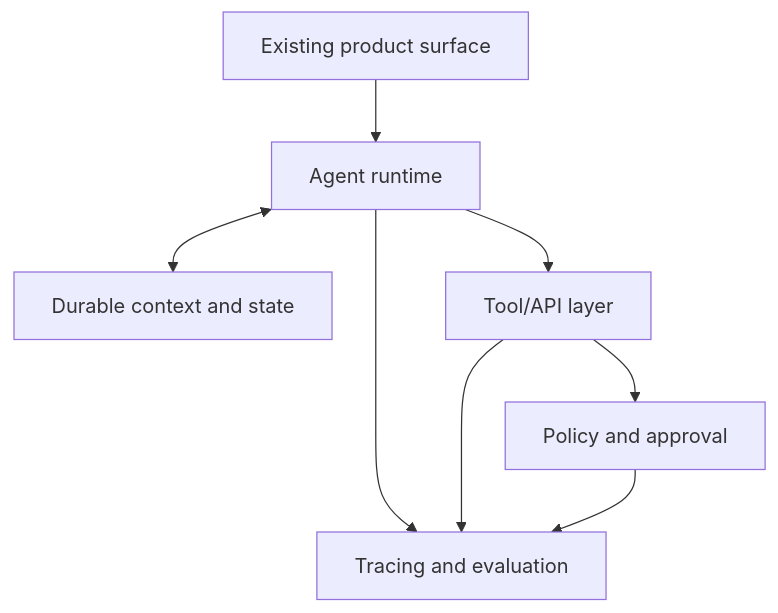
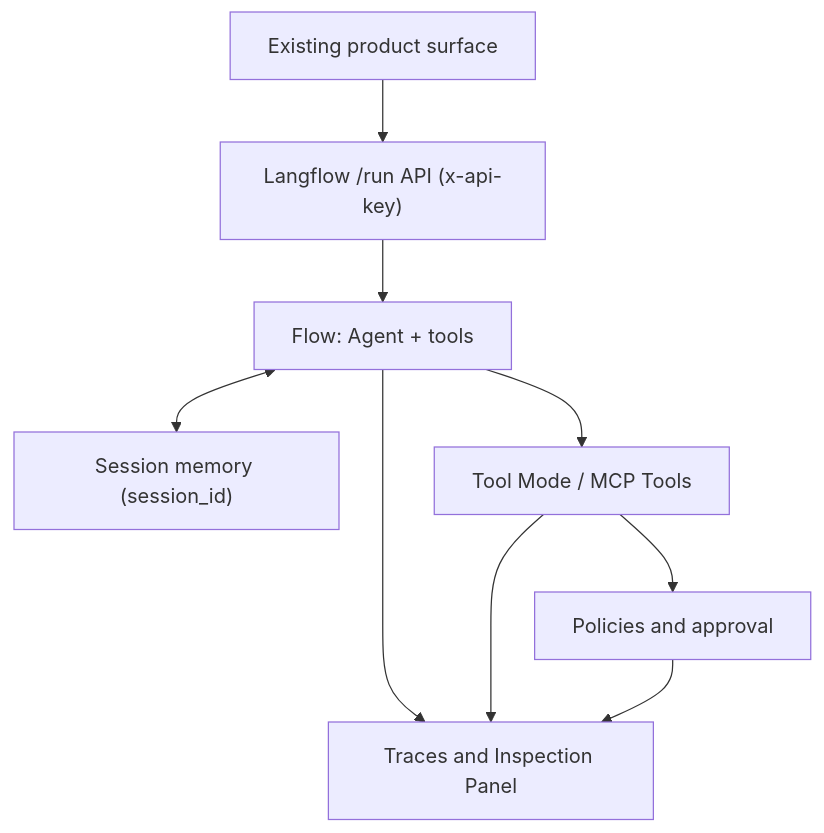
The ninth of 13 diagrams in book/chapters/chapter-05-transitioning-from-traditional-engineering-to-agentic-ai.md (naren-allam/agents-beginners), drawn with Mermaid before and after one commit. The commit also changed other lines of this file and 28 other files, not shown here.

````diff
--- a/book/chapters/chapter-05-transitioning-from-traditional-engineering-to-agentic-ai.md
+++ b/book/chapters/chapter-05-transitioning-from-traditional-engineering-to-agentic-ai.md
@@ -290,17 +277,19 @@
 ```mermaid
 flowchart TD
     UI["Existing product surface"]
-    Agent["Agent runtime"]
-    Context["Durable context and state"]
-    Tools["Tool/API layer"]
-    Policy["Policy and approval"]
-    Observability["Tracing and evaluation"]
+    API["Langflow /run API (x-api-key)"]
+    Flow["Flow: Agent + tools"]
+    Memory["Session memory (session_id)"]
+    Tools["Tool Mode / MCP Tools"]
+    Policy["Policies and approval"]
+    Traces["Traces and Inspection Panel"]
 
-    UI --> Agent
-    Agent <--> Context
-    Agent --> Tools
+    UI --> API
+    API --> Flow
+    Flow <--> Memory
+    Flow --> Tools
     Tools --> Policy
-    Agent --> Observability
-    Tools --> Observability
-    Policy --> Observability
+    Flow --> Traces
+    Tools --> Traces
+    Policy --> Traces
 ```
````
